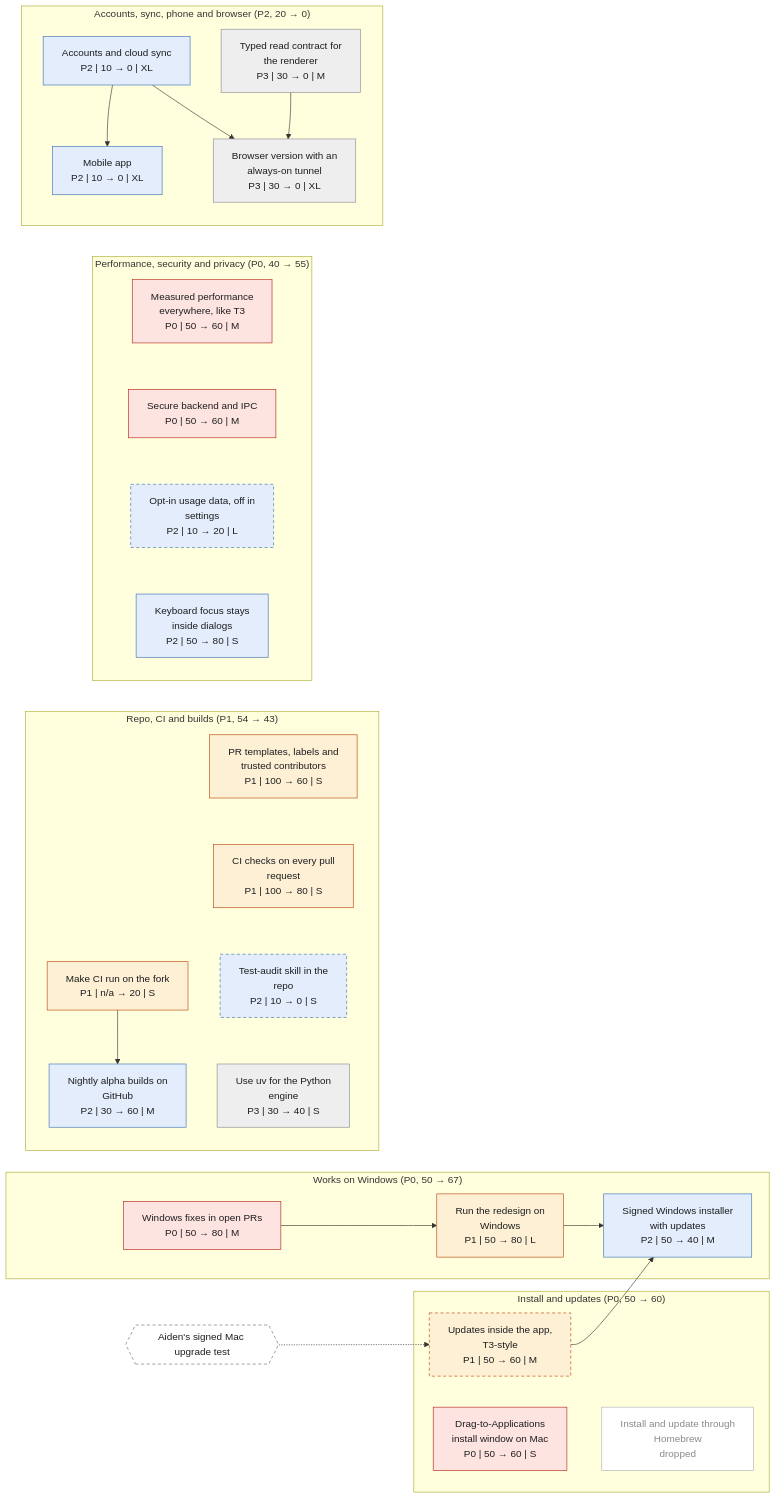
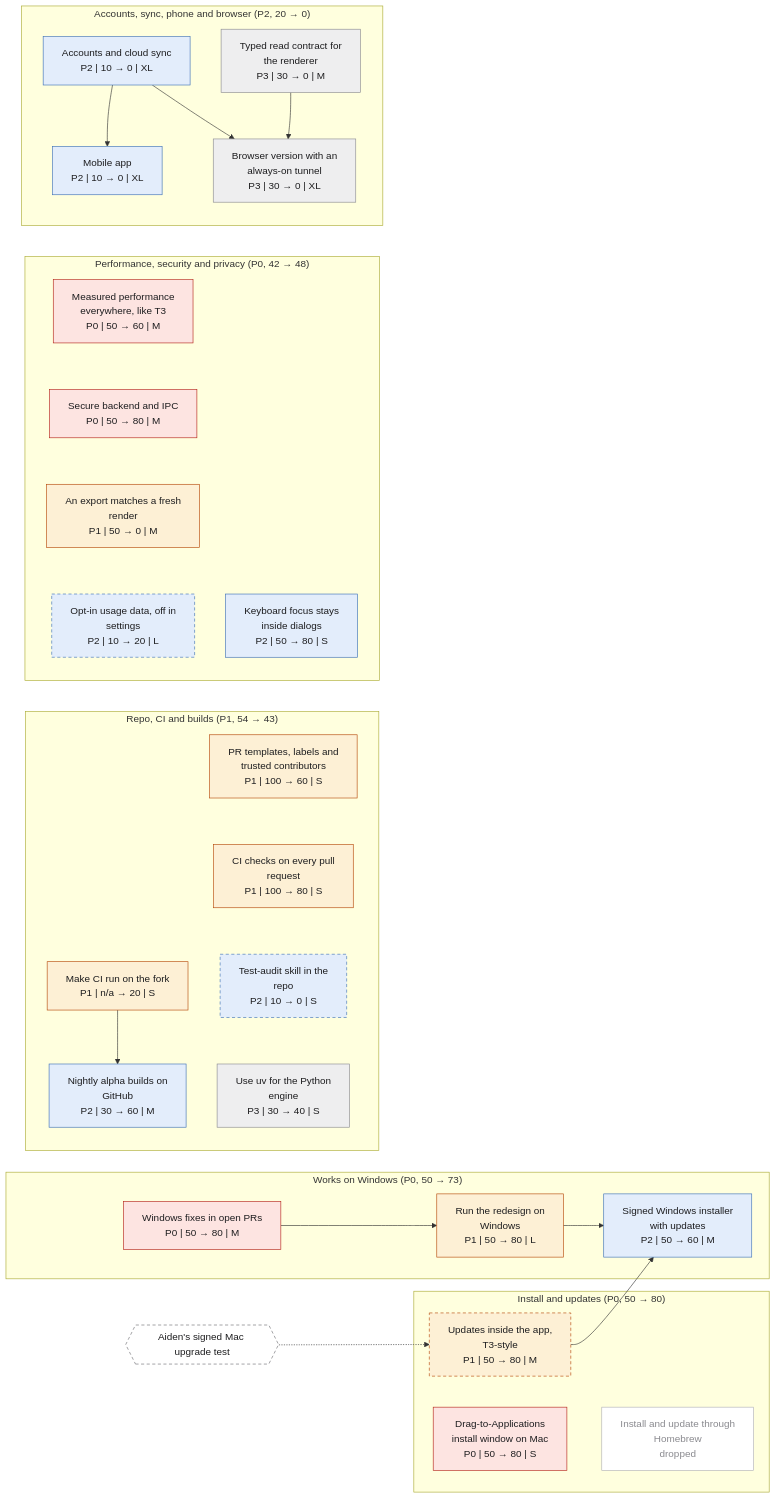
Before and after one commit to SamGu-NRX/reel-studio-app: the eighth of 8 diagrams in roadmap-graphs.md, drawn with Mermaid. The commit also changed other lines of this file and 6 other files, not shown here.

First line of the commit message:
docs: roadmap snapshot 2026-11-05, after the second overnight run

````diff
--- a/roadmap-graphs.md
+++ b/roadmap-graphs.md
@@ -456,60 +459,61 @@
 ```mermaid
 flowchart LR
-    subgraph n_windows_support_g["Works on Windows (P0, 50 → 67)"]
+    subgraph n_windows_support_g["Works on Windows (P0, 50 → 73)"]
         n_win_fixes["Windows fixes in open PRs<br/>P0 | 50 → 80 | M"]
         n_win_redesign_run["Run the redesign on<br/>Windows<br/>P1 | 50 → 80 | L"]
-        n_windows_signed_updates["Signed Windows installer<br/>with updates<br/>P2 | 50 → 40 | M"]
+        n_windows_signed_updates["Signed Windows installer<br/>with updates<br/>P2 | 50 → 60 | M"]
     end
-    subgraph n_ep_install_g["Install and updates (P0, 50 → 60)"]
-        n_mac_install_window["Drag-to-Applications<br/>install window on Mac<br/>P0 | 50 → 60 | S"]
-        n_in_app_updater["Updates inside the app,<br/>T3-style<br/>P1 | 50 → 60 | M"]
+    subgraph n_ep_install_g["Install and updates (P0, 50 → 80)"]
+        n_mac_install_window["Drag-to-Applications<br/>install window on Mac<br/>P0 | 50 → 80 | S"]
+        n_in_app_updater["Updates inside the app,<br/>T3-style<br/>P1 | 50 → 80 | M"]
         n_homebrew_install["Install and update through<br/>Homebrew<br/>dropped"]
     end
     subgraph n_ep_repo_g["Repo, CI and builds (P1, 54 → 43)"]
         n_fork_ci["Make CI run on the fork<br/>P1 | n/a → 20 | S"]
         n_repo_pr_templates["PR templates, labels and<br/>trusted contributors<br/>P1 | 100 → 60 | S"]
         n_ci_checks["CI checks on every pull<br/>request<br/>P1 | 100 → 80 | S"]
         n_test_audit_skill["Test-audit skill in the<br/>repo<br/>P2 | 10 → 0 | S"]
         n_nightly_builds["Nightly alpha builds on<br/>GitHub<br/>P2 | 30 → 60 | M"]
         n_uv_tooling["Use uv for the Python<br/>engine<br/>P3 | 30 → 40 | S"]
     end
-    subgraph n_ep_quality_g["Performance, security and privacy (P0, 40 → 55)"]
+    subgraph n_ep_quality_g["Performance, security and privacy (P0, 42 → 48)"]
         n_perf_all_around["Measured performance<br/>everywhere, like T3<br/>P0 | 50 → 60 | M"]
-        n_security_hardening["Secure backend and IPC<br/>P0 | 50 → 60 | M"]
+        n_security_hardening["Secure backend and IPC<br/>P0 | 50 → 80 | M"]
+        n_render_equals_fresh["An export matches a fresh<br/>render<br/>P1 | 50 → 0 | M"]
         n_telemetry_opt_in["Opt-in usage data, off in<br/>settings<br/>P2 | 10 → 20 | L"]
         n_a11y_dialog_focus["Keyboard focus stays<br/>inside dialogs<br/>P2 | 50 → 80 | S"]
     end
     subgraph n_ep_cloud_g["Accounts, sync, phone and browser (P2, 20 → 0)"]
         n_mobile_app_sync["Mobile app<br/>P2 | 10 → 0 | XL"]
         n_acct_sync["Accounts and cloud sync<br/>P2 | 10 → 0 | XL"]
         n_browser_server["Browser version with an<br/>always-on tunnel<br/>P3 | 30 → 0 | XL"]
         n_br_contract["Typed read contract for<br/>the renderer<br/>P3 | 30 → 0 | M"]
     end
     xb0{{"Aiden's signed Mac upgrade test"}} -.-> n_in_app_updater
     n_win_fixes --> n_win_redesign_run
     n_win_redesign_run --> n_windows_signed_updates
     n_in_app_updater --> n_windows_signed_updates
     n_fork_ci --> n_nightly_builds
     n_acct_sync --> n_mobile_app_sync
     n_br_contract --> n_browser_server
     n_acct_sync --> n_browser_server
     n_mac_install_window ~~~ n_homebrew_install
     n_repo_pr_templates ~~~ n_ci_checks ~~~ n_test_audit_skill ~~~ n_uv_tooling
-    n_perf_all_around ~~~ n_security_hardening ~~~ n_telemetry_opt_in ~~~ n_a11y_dialog_focus
+    n_perf_all_around ~~~ n_security_hardening ~~~ n_render_equals_fresh ~~~ n_telemetry_opt_in
     classDef p0 fill:#fde4e1,stroke:#b42318,color:#1d1d1f
     classDef p1 fill:#fdf0d5,stroke:#b54708,color:#1d1d1f
     classDef p2 fill:#e3edfb,stroke:#3b6fb6,color:#1d1d1f
     classDef p3 fill:#eeeeef,stroke:#8a8a8f,color:#1d1d1f
     classDef dropped fill:#ffffff,stroke:#b0b0b5,color:#8a8a8f
     classDef outside fill:#ffffff,stroke:#b0b0b5,color:#6b6b70,stroke-dasharray:2 2
     classDef blocker fill:#ffffff,stroke:#6b6b70,color:#1d1d1f,stroke-dasharray:5 4
     classDef waits stroke-dasharray:5 4
     classDef hardest stroke:#7a1010,stroke-width:4px
     class n_win_fixes,n_mac_install_window,n_perf_all_around,n_security_hardening p0
-    class n_win_redesign_run,n_in_app_updater,n_fork_ci,n_repo_pr_templates,n_ci_checks p1
+    class n_win_redesign_run,n_in_app_updater,n_fork_ci,n_repo_pr_templates,n_ci_checks,n_render_equals_fresh p1
     class n_windows_signed_updates,n_test_audit_skill,n_nightly_builds,n_telemetry_opt_in,n_a11y_dialog_focus,n_mobile_app_sync,n_acct_sync p2
     class n_in_app_updater,n_test_audit_skill,n_telemetry_opt_in waits
     class n_homebrew_install dropped
     class n_uv_tooling,n_browser_server,n_br_contract p3
     class xb0 blocker
 ```
````
